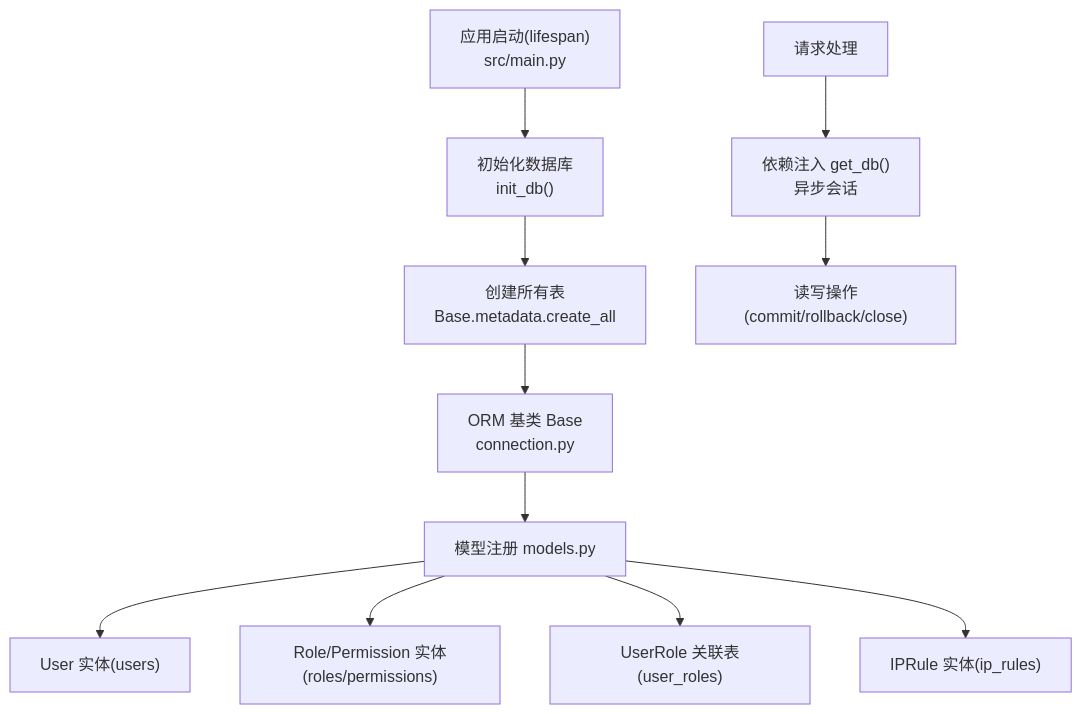
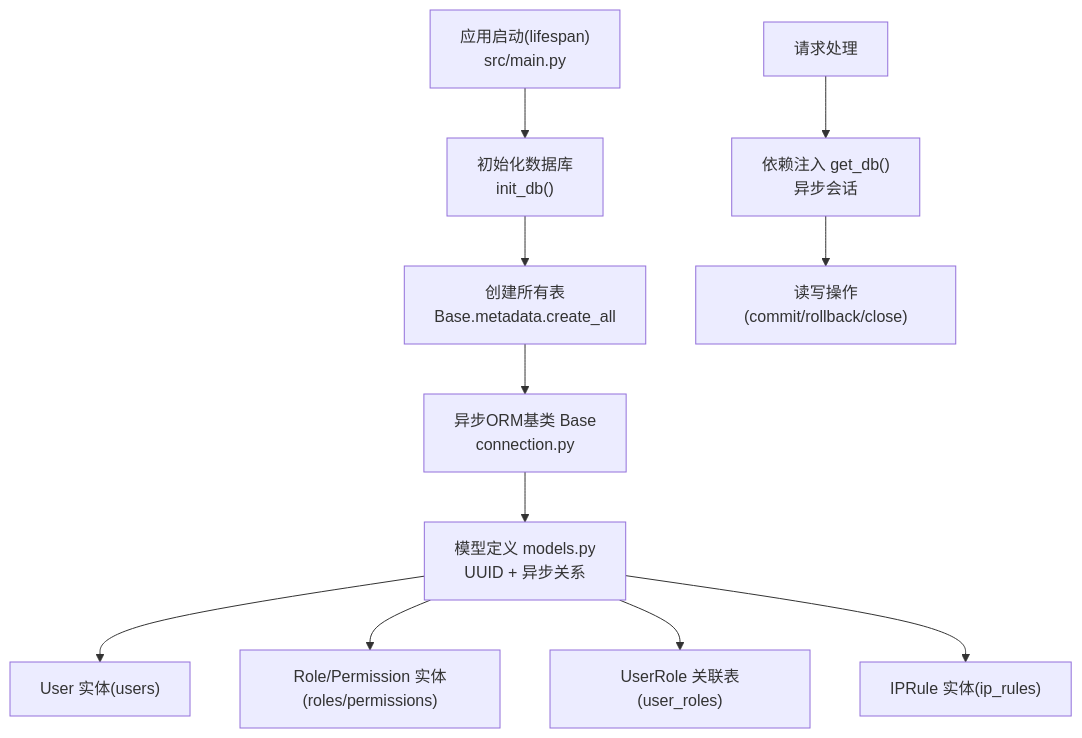
One commit to taoweidong/Hello-FastApi changed the second of 11 diagrams in .qoder/repowiki/zh/content/数据模型设计/数据模型设计.md. Above: the diagram before and after it, drawn with Mermaid. The commit also changed other lines of this file and 11 other files, not shown here.

````diff
--- a/.qoder/repowiki/zh/content/数据模型设计/数据模型设计.md
+++ b/.qoder/repowiki/zh/content/数据模型设计/数据模型设计.md
@@ -141,13 +128,13 @@
 ```mermaid
 graph TB
 A["应用启动(lifespan)<br/>src/main.py"] --> B["初始化数据库<br/>init_db()"]
 B --> C["创建所有表<br/>Base.metadata.create_all"]
-C --> D["ORM 基类 Base<br/>connection.py"]
-D --> E["模型注册 models.py"]
+C --> D["异步ORM基类 Base<br/>connection.py"]
+D --> E["模型定义 models.py<br/>UUID + 异步关系"]
 E --> F["User 实体(users)"]
 E --> G["Role/Permission 实体(roles/permissions)"]
 E --> H["UserRole 关联表(user_roles)"]
 E --> I["IPRule 实体(ip_rules)"]
 J["请求处理"] --> K["依赖注入 get_db()<br/>异步会话"]
 K --> L["读写操作(commit/rollback/close)"]
 ```
````
